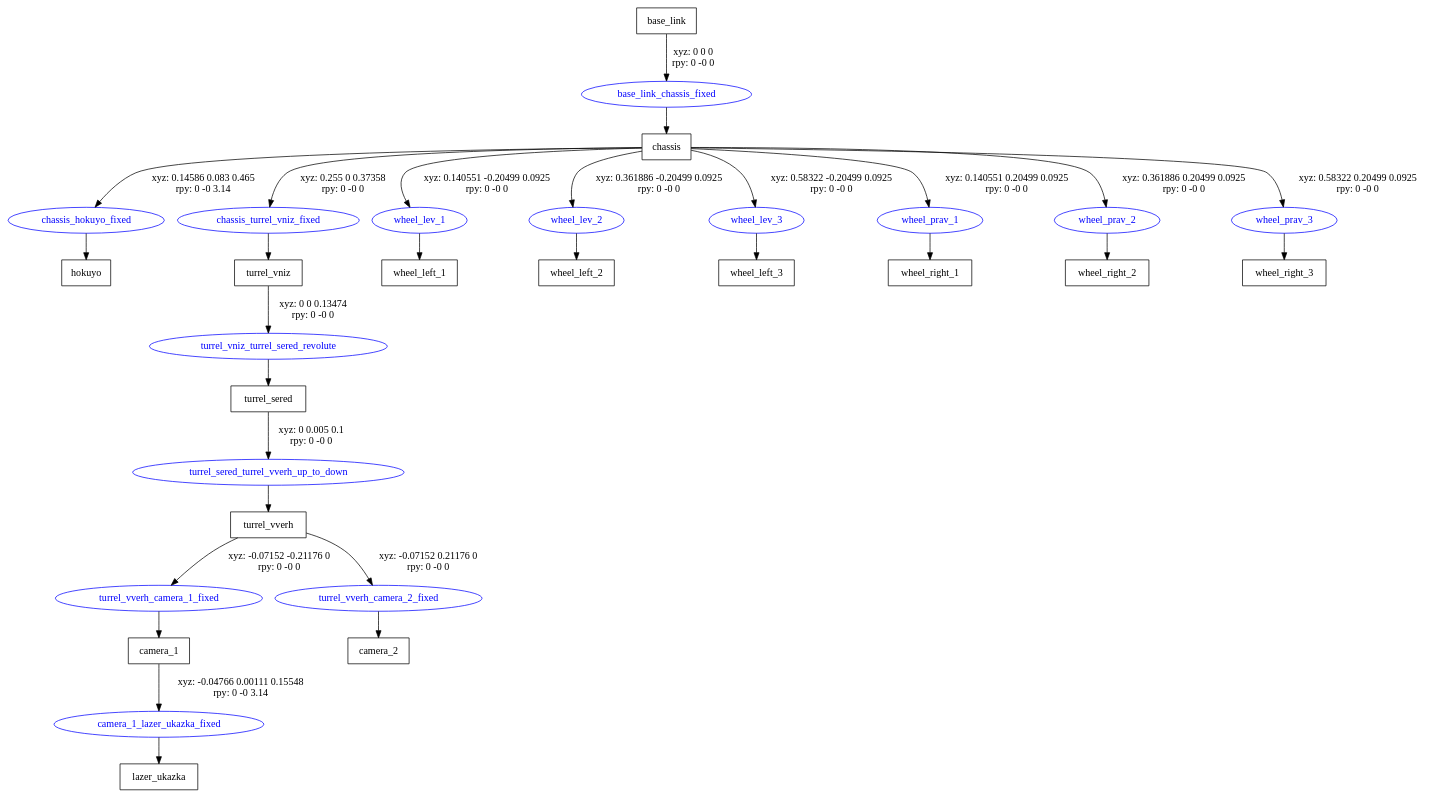
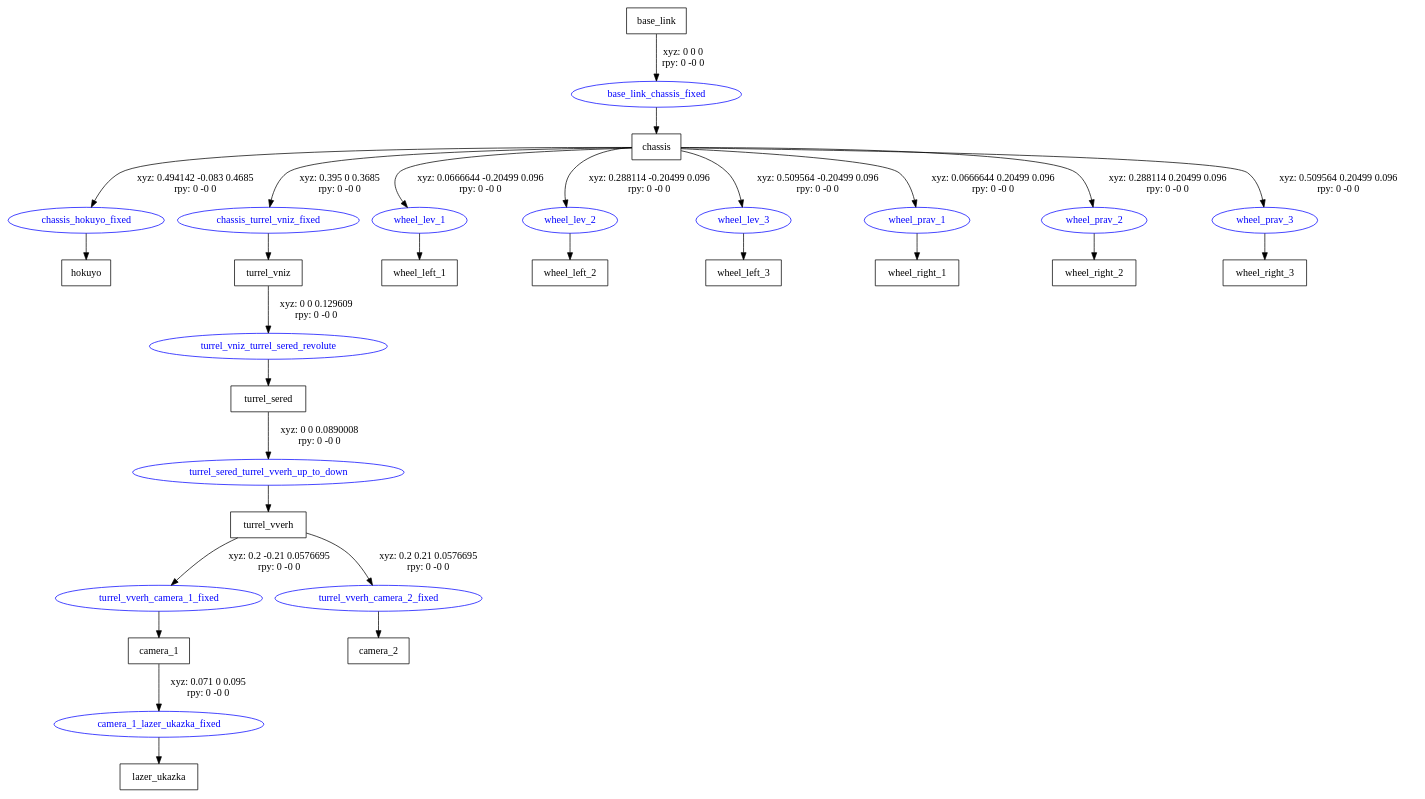
Before and after one commit to Lupasic/Plastun-Gazebo-ROS-URL: the diagram in plastun_description/urdf/MRC_Plastun.gv, drawn with Graphviz. The commit also changed 86 other files, not shown here.

```diff
--- a/plastun_description/urdf/MRC_Plastun.gv
+++ b/plastun_description/urdf/MRC_Plastun.gv
@@ -1,47 +1,47 @@
 digraph G {
 node [shape=box];
 "base_link" [label="base_link"];
 "chassis" [label="chassis"];
 "hokuyo" [label="hokuyo"];
 "turrel_vniz" [label="turrel_vniz"];
 "turrel_sered" [label="turrel_sered"];
 "turrel_vverh" [label="turrel_vverh"];
 "camera_1" [label="camera_1"];
 "lazer_ukazka" [label="lazer_ukazka"];
 "camera_2" [label="camera_2"];
 "wheel_left_1" [label="wheel_left_1"];
 "wheel_left_2" [label="wheel_left_2"];
 "wheel_left_3" [label="wheel_left_3"];
 "wheel_right_1" [label="wheel_right_1"];
 "wheel_right_2" [label="wheel_right_2"];
 "wheel_right_3" [label="wheel_right_3"];
 node [shape=ellipse, color=blue, fontcolor=blue];
 "base_link" -> "base_link_chassis_fixed" [label="xyz: 0 0 0 \nrpy: 0 -0 0"]
 "base_link_chassis_fixed" -> "chassis"
-"chassis" -> "chassis_hokuyo_fixed" [label="xyz: 0.14586 0.083 0.465 \nrpy: 0 -0 3.14"]
+"chassis" -> "chassis_hokuyo_fixed" [label="xyz: 0.494142 -0.083 0.4685 \nrpy: 0 -0 0"]
 "chassis_hokuyo_fixed" -> "hokuyo"
-"chassis" -> "chassis_turrel_vniz_fixed" [label="xyz: 0.255 0 0.37358 \nrpy: 0 -0 0"]
+"chassis" -> "chassis_turrel_vniz_fixed" [label="xyz: 0.395 0 0.3685 \nrpy: 0 -0 0"]
 "chassis_turrel_vniz_fixed" -> "turrel_vniz"
-"turrel_vniz" -> "turrel_vniz_turrel_sered_revolute" [label="xyz: 0 0 0.13474 \nrpy: 0 -0 0"]
+"turrel_vniz" -> "turrel_vniz_turrel_sered_revolute" [label="xyz: 0 0 0.129609 \nrpy: 0 -0 0"]
 "turrel_vniz_turrel_sered_revolute" -> "turrel_sered"
-"turrel_sered" -> "turrel_sered_turrel_vverh_up_to_down" [label="xyz: 0 0.005 0.1 \nrpy: 0 -0 0"]
+"turrel_sered" -> "turrel_sered_turrel_vverh_up_to_down" [label="xyz: 0 0 0.0890008 \nrpy: 0 -0 0"]
 "turrel_sered_turrel_vverh_up_to_down" -> "turrel_vverh"
-"turrel_vverh" -> "turrel_vverh_camera_1_fixed" [label="xyz: -0.07152 -0.21176 0 \nrpy: 0 -0 0"]
+"turrel_vverh" -> "turrel_vverh_camera_1_fixed" [label="xyz: 0.2 -0.21 0.0576695 \nrpy: 0 -0 0"]
 "turrel_vverh_camera_1_fixed" -> "camera_1"
-"camera_1" -> "camera_1_lazer_ukazka_fixed" [label="xyz: -0.04766 0.00111 0.15548 \nrpy: 0 -0 3.14"]
+"camera_1" -> "camera_1_lazer_ukazka_fixed" [label="xyz: 0.071 0 0.095 \nrpy: 0 -0 0"]
 "camera_1_lazer_ukazka_fixed" -> "lazer_ukazka"
-"turrel_vverh" -> "turrel_vverh_camera_2_fixed" [label="xyz: -0.07152 0.21176 0 \nrpy: 0 -0 0"]
+"turrel_vverh" -> "turrel_vverh_camera_2_fixed" [label="xyz: 0.2 0.21 0.0576695 \nrpy: 0 -0 0"]
 "turrel_vverh_camera_2_fixed" -> "camera_2"
-"chassis" -> "wheel_lev_1" [label="xyz: 0.140551 -0.20499 0.0925 \nrpy: 0 -0 0"]
+"chassis" -> "wheel_lev_1" [label="xyz: 0.0666644 -0.20499 0.096 \nrpy: 0 -0 0"]
 "wheel_lev_1" -> "wheel_left_1"
-"chassis" -> "wheel_lev_2" [label="xyz: 0.361886 -0.20499 0.0925 \nrpy: 0 -0 0"]
+"chassis" -> "wheel_lev_2" [label="xyz: 0.288114 -0.20499 0.096 \nrpy: 0 -0 0"]
 "wheel_lev_2" -> "wheel_left_2"
-"chassis" -> "wheel_lev_3" [label="xyz: 0.58322 -0.20499 0.0925 \nrpy: 0 -0 0"]
+"chassis" -> "wheel_lev_3" [label="xyz: 0.509564 -0.20499 0.096 \nrpy: 0 -0 0"]
 "wheel_lev_3" -> "wheel_left_3"
-"chassis" -> "wheel_prav_1" [label="xyz: 0.140551 0.20499 0.0925 \nrpy: 0 -0 0"]
+"chassis" -> "wheel_prav_1" [label="xyz: 0.0666644 0.20499 0.096 \nrpy: 0 -0 0"]
 "wheel_prav_1" -> "wheel_right_1"
-"chassis" -> "wheel_prav_2" [label="xyz: 0.361886 0.20499 0.0925 \nrpy: 0 -0 0"]
+"chassis" -> "wheel_prav_2" [label="xyz: 0.288114 0.20499 0.096 \nrpy: 0 -0 0"]
 "wheel_prav_2" -> "wheel_right_2"
-"chassis" -> "wheel_prav_3" [label="xyz: 0.58322 0.20499 0.0925 \nrpy: 0 -0 0"]
+"chassis" -> "wheel_prav_3" [label="xyz: 0.509564 0.20499 0.096 \nrpy: 0 -0 0"]
 "wheel_prav_3" -> "wheel_right_3"
 }
```
